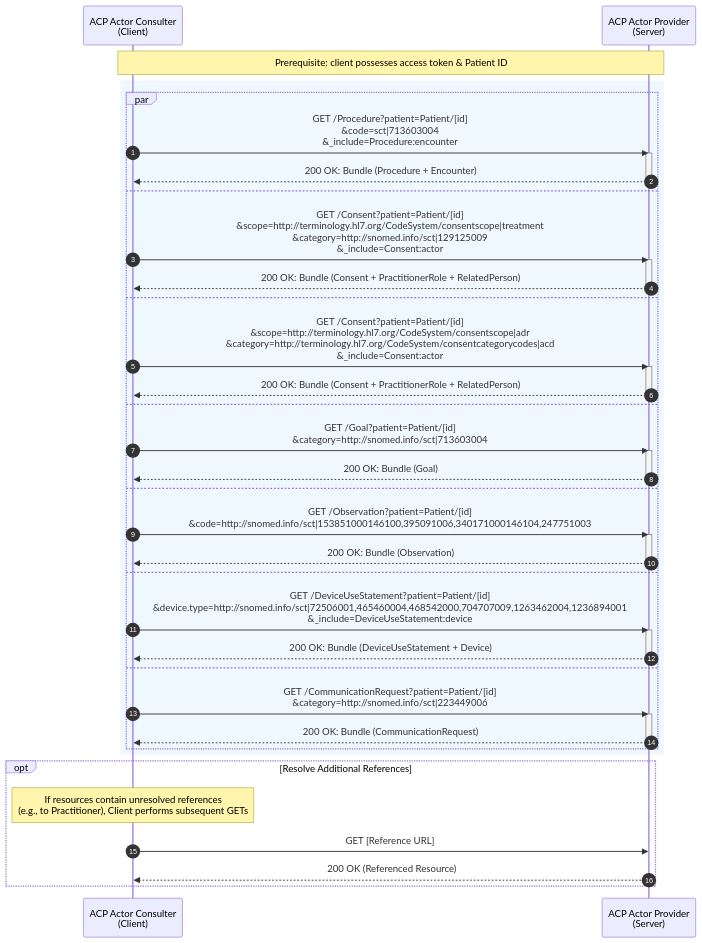
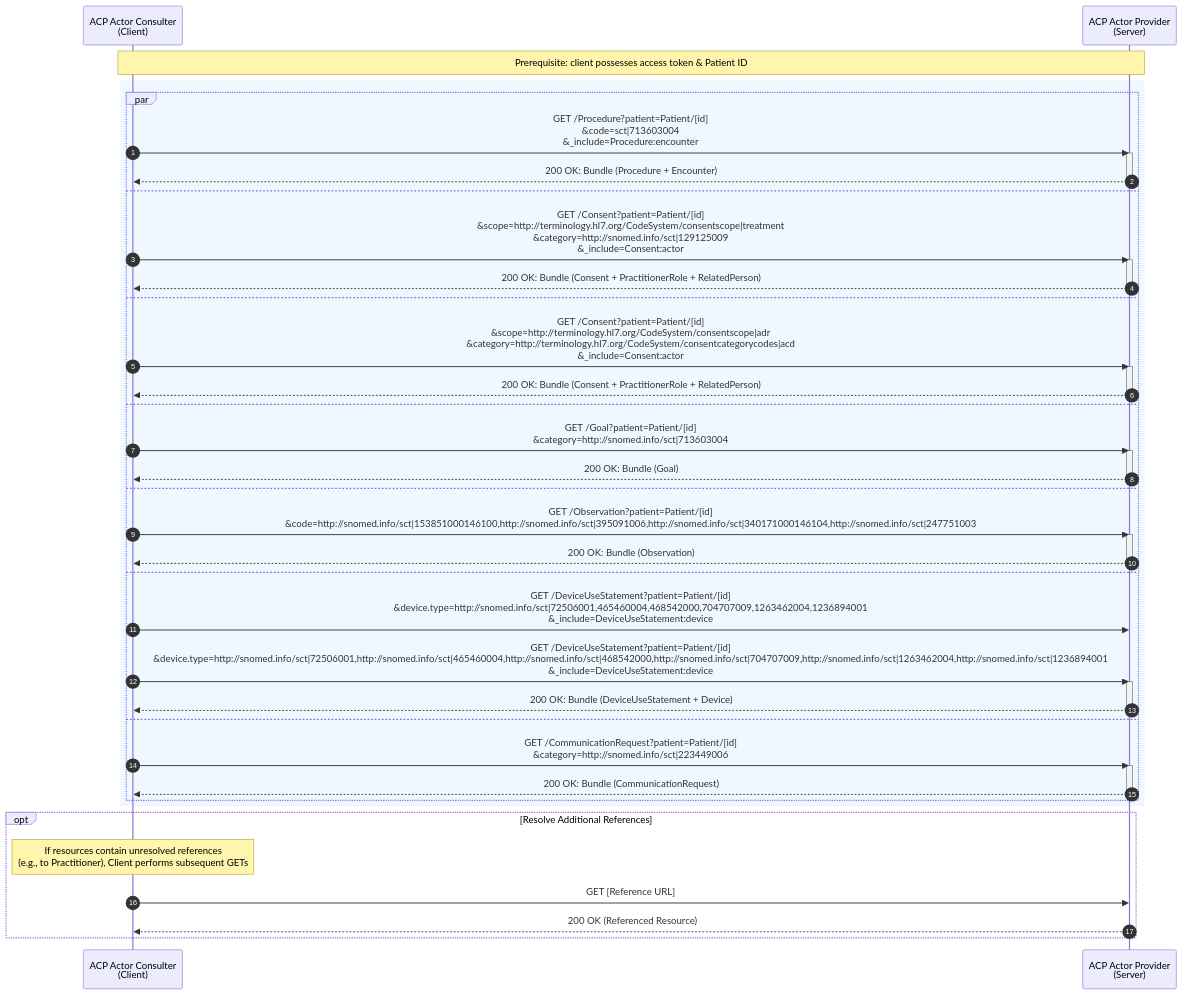
Before and after one commit to IKNL/PZP-FHIR-R4: the diagram in input/includes/fhir-data-exchange-individual-resources-mermaid-diagram.md, drawn with Mermaid. The commit also changed 1 other file, not shown here.

Commit message:
#151 fix search urls

```diff
--- a/input/includes/fhir-data-exchange-individual-resources-mermaid-diagram.md
+++ b/input/includes/fhir-data-exchange-individual-resources-mermaid-diagram.md
@@ -1,63 +1,64 @@
 <div class="mermaid" style="height: 800px; overflow: visible;">
 
 sequenceDiagram
     autonumber
     participant C as ACP Actor Consulter<br>(Client)
     participant S as ACP Actor Provider<br>(Server)
 
     note over C, S: Prerequisite: client possesses access token & Patient ID
 
     rect rgb(240, 248, 255)
   
         par 
             %% 1. Procedures
             C->>S: GET /Procedure?patient=Patient/[id]<br>&code=sct|713603004<br>&_include=Procedure:encounter
             activate S
             S-->>C: 200 OK: Bundle (Procedure + Encounter)
             deactivate S
         and
             %% 2. Consent (TreatmentDirective)
             C->>S: GET /Consent?patient=Patient/[id]<br>&scope=http://terminology.hl7.org/CodeSystem/consentscope|treatment<br>&category=http://snomed.info/sct|129125009<br>&_include=Consent:actor
             activate S
             S-->>C: 200 OK: Bundle (Consent + PractitionerRole + RelatedPerson)
             deactivate S
         and
             %% 3. Consent (AdvanceCareDirective)
             C->>S: GET /Consent?patient=Patient/[id]<br>&scope=http://terminology.hl7.org/CodeSystem/consentscope|adr<br>&category=http://terminology.hl7.org/CodeSystem/consentcategorycodes|acd<br>&_include=Consent:actor
             activate S
             S-->>C: 200 OK: Bundle (Consent + PractitionerRole + RelatedPerson)
             deactivate S
         and
             %% 4. Goals
             C->>S: GET /Goal?patient=Patient/[id]<br>&category=http://snomed.info/sct|713603004
             activate S
             S-->>C: 200 OK: Bundle (Goal)
             deactivate S
         and
             %% 5. Observations
-            C->>S: GET /Observation?patient=Patient/[id]<br>&code=http://snomed.info/sct|153851000146100,395091006,340171000146104,247751003
+            C->>S: GET /Observation?patient=Patient/[id]<br>&code=http://snomed.info/sct|153851000146100,http://snomed.info/sct|395091006,http://snomed.info/sct|340171000146104,http://snomed.info/sct|247751003
             activate S
             S-->>C: 200 OK: Bundle (Observation)
             deactivate S
         and
             %% 6. Devices
             C->>S: GET /DeviceUseStatement?patient=Patient/[id]<br>&device.type=http://snomed.info/sct|72506001,465460004,468542000,704707009,1263462004,1236894001<br>&_include=DeviceUseStatement:device
+            C->>S: GET /DeviceUseStatement?patient=Patient/[id]<br>&device.type=http://snomed.info/sct|72506001,http://snomed.info/sct|465460004,http://snomed.info/sct|468542000,http://snomed.info/sct|704707009,http://snomed.info/sct|1263462004,http://snomed.info/sct|1236894001<br>&_include=DeviceUseStatement:device
             activate S
             S-->>C: 200 OK: Bundle (DeviceUseStatement + Device)
             deactivate S
         and
             %% 7. CommunicationRequests
             C->>S: GET /CommunicationRequest?patient=Patient/[id]<br>&category=http://snomed.info/sct|223449006
             activate S
             S-->>C: 200 OK: Bundle (CommunicationRequest)
             deactivate S
         end
     end
 
     opt Resolve Additional References
         note over C: If resources contain unresolved references<br>(e.g., to Practitioner), Client performs subsequent GETs
         C->>S: GET [Reference URL]
         S-->>C: 200 OK (Referenced Resource)
     end
 
 </div>
```
